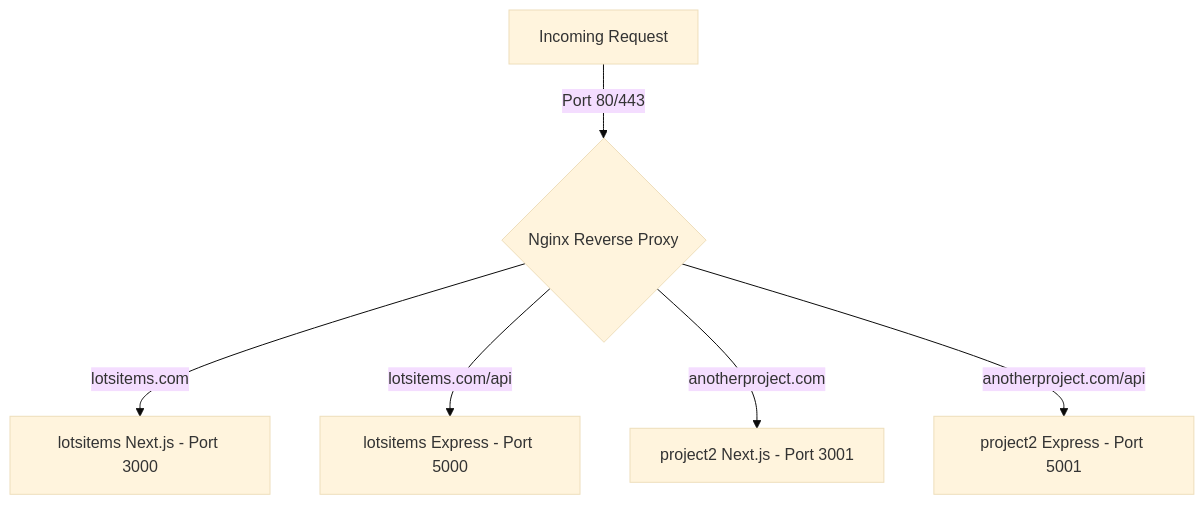
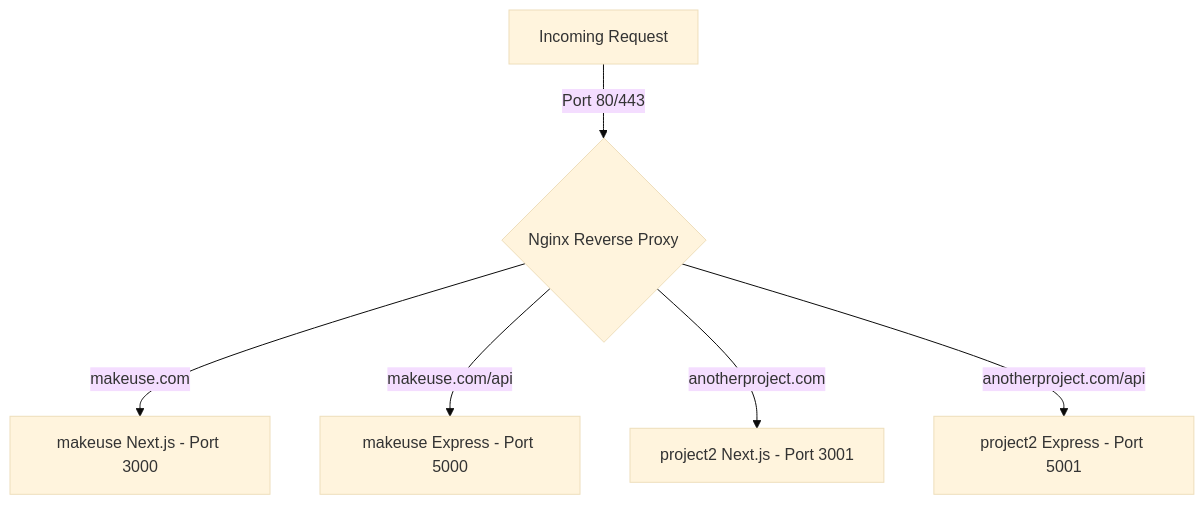
The diagram in docs/vps-multi-project-guide.md (Amrsono/Recommerce-Marketplace), drawn with Mermaid (base theme) before and after one commit. The commit also changed other lines of this file and 35 other files, not shown here.

````diff
--- a/docs/vps-multi-project-guide.md
+++ b/docs/vps-multi-project-guide.md
@@ -11,8 +11,8 @@
 ```mermaid
 graph TD
     Client[Incoming Request] -->|Port 80/443| Nginx{Nginx Reverse Proxy}
-    Nginx -->|lotsitems.com| NextJS1[lotsitems Next.js - Port 3000]
-    Nginx -->|lotsitems.com/api| Express1[lotsitems Express - Port 5000]
+    Nginx -->|makeuse.com| NextJS1[makeuse Next.js - Port 3000]
+    Nginx -->|makeuse.com/api| Express1[makeuse Express - Port 5000]
     Nginx -->|anotherproject.com| NextJS2[project2 Next.js - Port 3001]
     Nginx -->|anotherproject.com/api| Express2[project2 Express - Port 5001]
 ```
````
